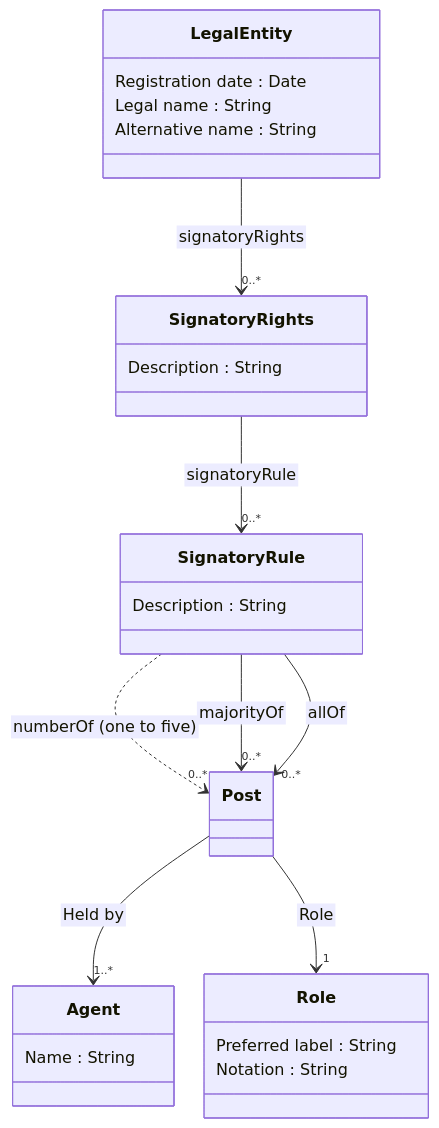
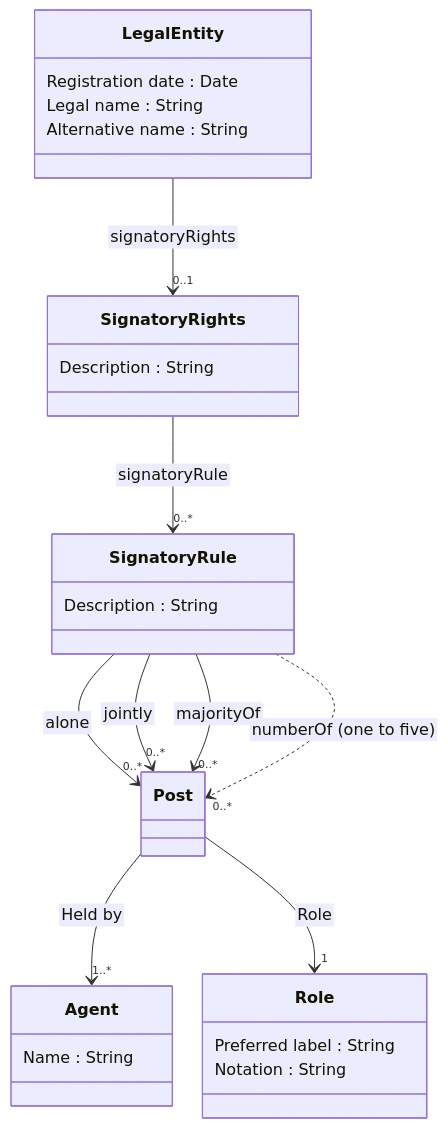
One commit to nordicsmartgovernment/Nordic-Smart-Government-Datamodel-Examples changed the diagram in README.md. Above: the diagram before and after it, drawn with Mermaid. The commit also changed other lines of this file and 2 other files, not shown here.

````diff
--- a/README.md
+++ b/README.md
@@ -9,43 +9,44 @@
 ```mermaid
  %%{init:{'flowchart':{'nodeSpacing': 30, 'rankSpacing': 95, 'htmlLabels': false}}}%%
     classDiagram
        
         class LegalEntity {
             Registration date : Date
             Legal name : String
             Alternative name : String
         }
 
-        LegalEntity --> "0..*" SignatoryRights : signatoryRights
+        LegalEntity --> "0..1" SignatoryRights : signatoryRights
 
         class SignatoryRights {
             Description : String
         }
 
         SignatoryRights --> "0..*" SignatoryRule : signatoryRule
 
         class SignatoryRule {
             Description : String
         }
 
+        SignatoryRule --> "0..*" Post : alone
+        SignatoryRule --> "0..*" Post : jointly
+        SignatoryRule --> "0..*" Post : majorityOf
         SignatoryRule ..> "0..*" Post : numberOf (one to five)
-        SignatoryRule --> "0..*" Post : majorityOf
-        SignatoryRule --> "0..*" Post : allOf
 
         class Post {
 
         }
 
         Post --> "1..*" Agent : Held by
         Post --> "1" Role : Role
 
         class Role {
             Preferred label : String
             Notation : String
         }
 
         class Agent {
             Name : String
         }
 
 ```
````
